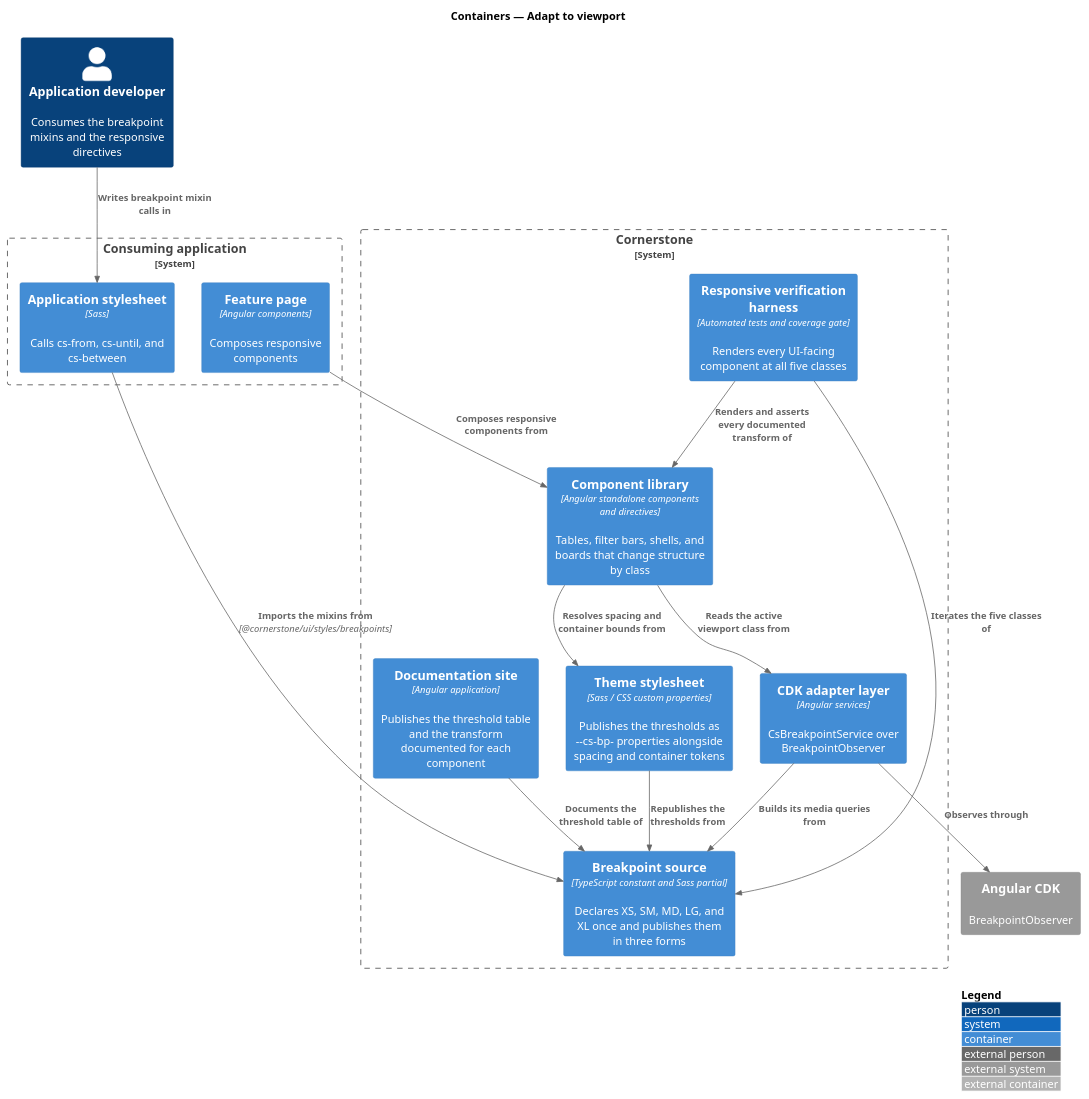
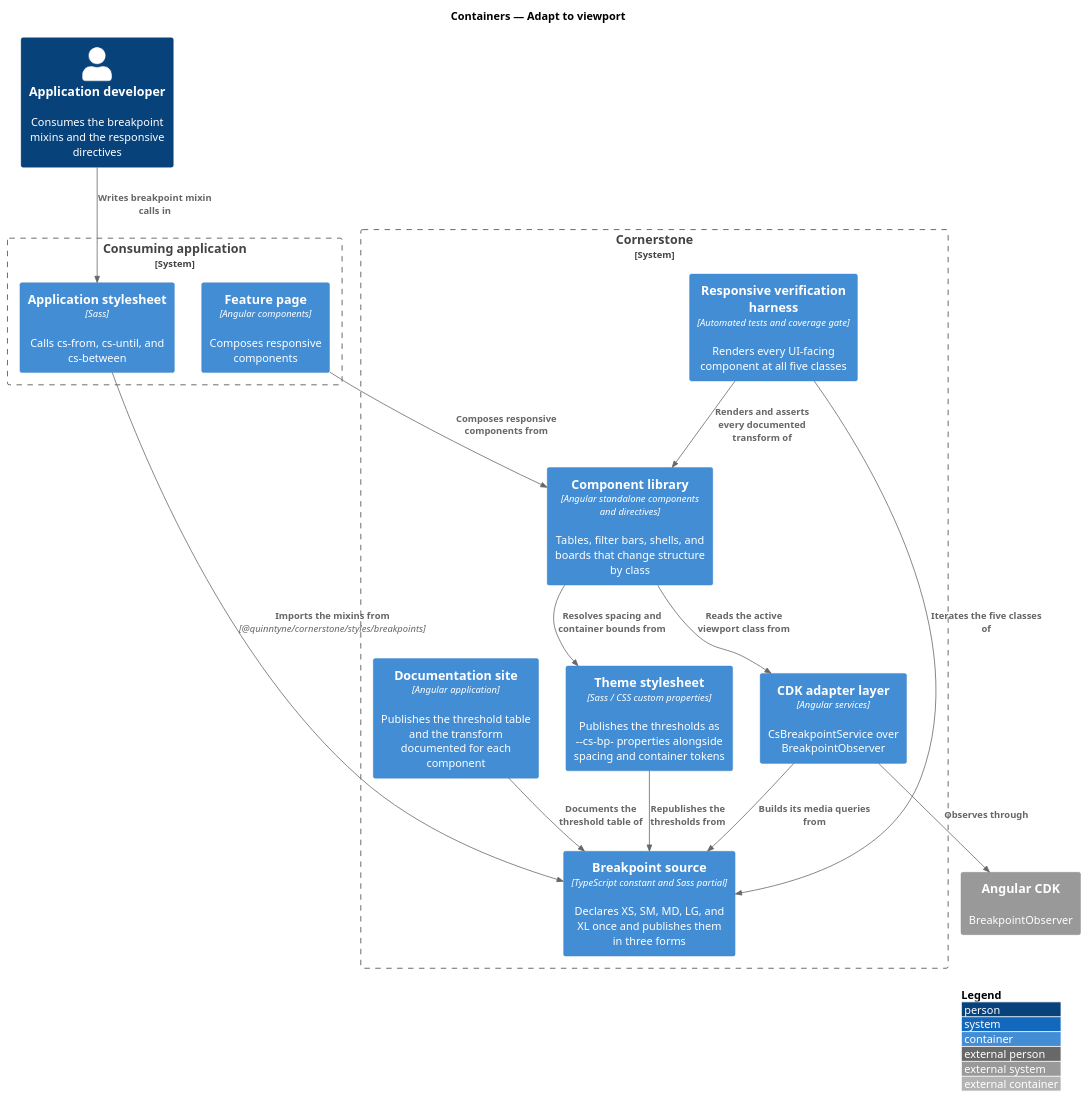
The diagram in docs/detailed-designs/platform/adapt-to-viewport/diagrams/c4-container.puml (QuinntyneBrown/Cornerstone), drawn with PlantUML before and after one commit. The commit also changed 125 other files, not shown here.

```diff
--- a/docs/detailed-designs/platform/adapt-to-viewport/diagrams/c4-container.puml
+++ b/docs/detailed-designs/platform/adapt-to-viewport/diagrams/c4-container.puml
@@ -1,35 +1,35 @@
 @startuml
 !include <C4/C4_Container>
 LAYOUT_WITH_LEGEND()
 title Containers — Adapt to viewport
 
 Person(dev, "Application developer", "Consumes the breakpoint mixins and the responsive directives")
 
 System_Boundary(cornerstone, "Cornerstone") {
   Container(bp, "Breakpoint source", "TypeScript constant and Sass partial", "Declares XS, SM, MD, LG, and XL once and publishes them in three forms")
   Container(lib, "Component library", "Angular standalone components and directives", "Tables, filter bars, shells, and boards that change structure by class")
   Container(theme, "Theme stylesheet", "Sass / CSS custom properties", "Publishes the thresholds as --cs-bp- properties alongside spacing and container tokens")
   Container(adapters, "CDK adapter layer", "Angular services", "CsBreakpointService over BreakpointObserver")
   Container(harness, "Responsive verification harness", "Automated tests and coverage gate", "Renders every UI-facing component at all five classes")
   Container(docs, "Documentation site", "Angular application", "Publishes the threshold table and the transform documented for each component")
 }
 
 System_Boundary(app, "Consuming application") {
   Container(styles, "Application stylesheet", "Sass", "Calls cs-from, cs-until, and cs-between")
   Container(page, "Feature page", "Angular components", "Composes responsive components")
 }
 
 System_Ext(cdk, "Angular CDK", "BreakpointObserver")
 
 Rel(dev, styles, "Writes breakpoint mixin calls in")
-Rel(styles, bp, "Imports the mixins from", "@cornerstone/ui/styles/breakpoints")
+Rel(styles, bp, "Imports the mixins from", "@quinntyne/cornerstone/styles/breakpoints")
 Rel(page, lib, "Composes responsive components from")
 Rel(lib, adapters, "Reads the active viewport class from")
 Rel(adapters, bp, "Builds its media queries from")
 Rel(adapters, cdk, "Observes through")
 Rel(theme, bp, "Republishes the thresholds from")
 Rel(lib, theme, "Resolves spacing and container bounds from")
 Rel(harness, lib, "Renders and asserts every documented transform of")
 Rel(harness, bp, "Iterates the five classes of")
 Rel(docs, bp, "Documents the threshold table of")
 @enduml
```
